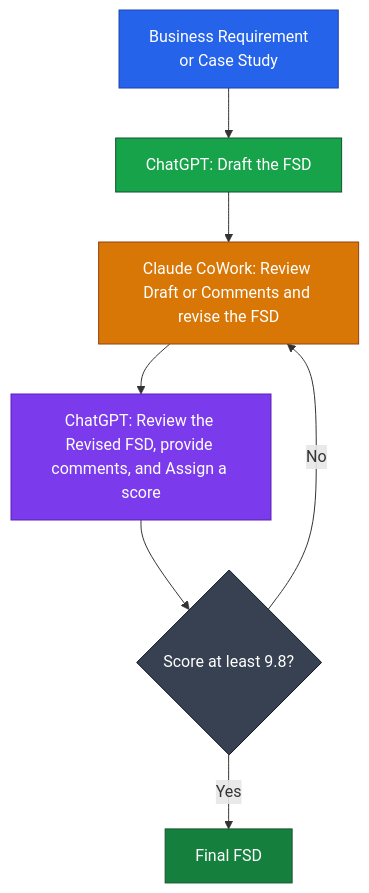
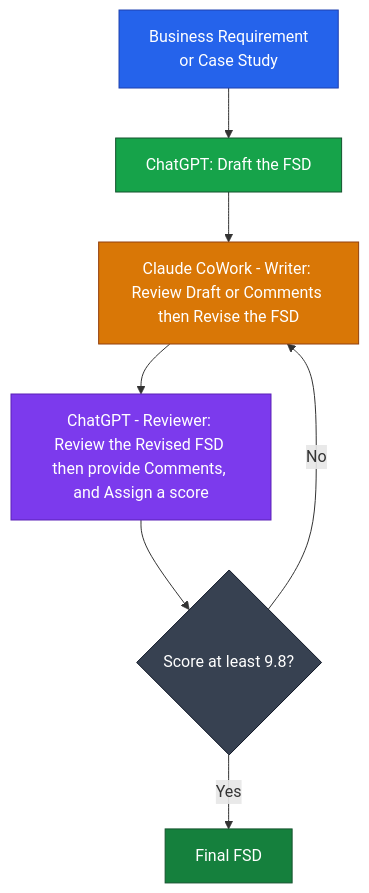
The third of 3 diagrams in README-6.2MultiAgentForIt.md (christseng89/LangChain-2026), drawn with Mermaid before and after one commit.

Commit message:
Relabel FSD workflow roles and bump langchain-course submodule ref
Clarify the Claude/ChatGPT roles as Writer/Reviewer in the FSD flowchart,
and point the langchain-course submodule at the shared-state retry loop
and blackboard critic updates.

````diff
--- a/README-6.2MultiAgentForIt.md
+++ b/README-6.2MultiAgentForIt.md
@@ -170,23 +170,23 @@
 ```mermaid
 flowchart TD
     BR["Business Requirement</br> or Case Study"]
     GPT1["ChatGPT: Draft the FSD"]
-    CLAUDE["Claude CoWork: Review Draft or Comments and revise the FSD"]
-    GPT2["ChatGPT: Review the Revised FSD, provide comments, and Assign a score"]
+    CLAUDE["Claude CoWork - Writer: </br>Review Draft or Comments then Revise the FSD"]
+    GPT2["ChatGPT - Reviewer: </br>Review the Revised FSD then provide Comments, and Assign a score"]
     CHECK{"Score at least 9.8?"}
     FINAL["Final FSD"]
 
     BR --> GPT1
     GPT1 --> CLAUDE
     CLAUDE --> GPT2
     GPT2 --> CHECK
     CHECK -- No --> CLAUDE
     CHECK -- Yes --> FINAL
 
     style BR fill:#2563EB,color:#FFFFFF,stroke:#1E40AF
     style GPT1 fill:#16A34A,color:#FFFFFF,stroke:#14532D
     style CLAUDE fill:#D97706,color:#FFFFFF,stroke:#92400E
     style GPT2 fill:#7C3AED,color:#FFFFFF,stroke:#5B21B6
     style CHECK fill:#374151,color:#FFFFFF,stroke:#111827
     style FINAL fill:#15803D,color:#FFFFFF,stroke:#14532D
 ```
````
